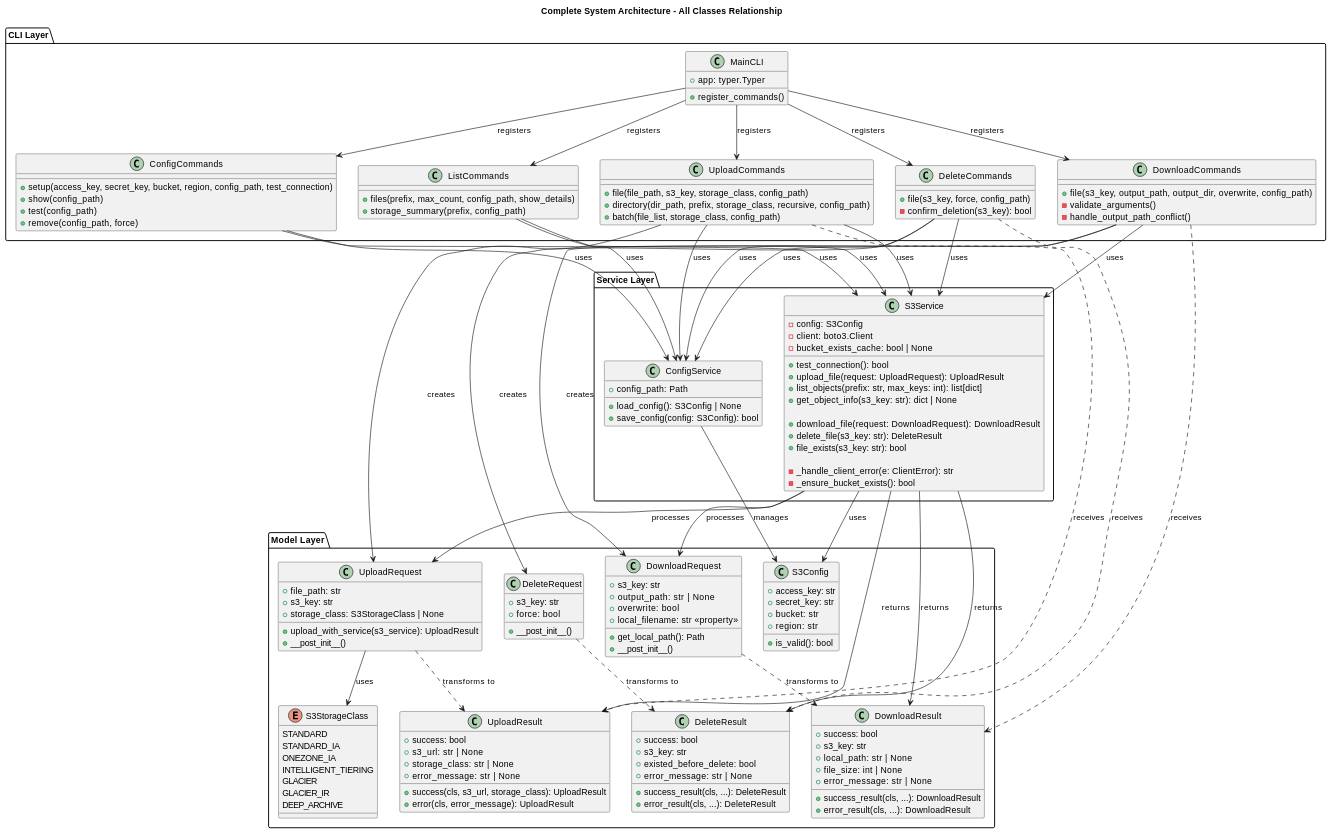
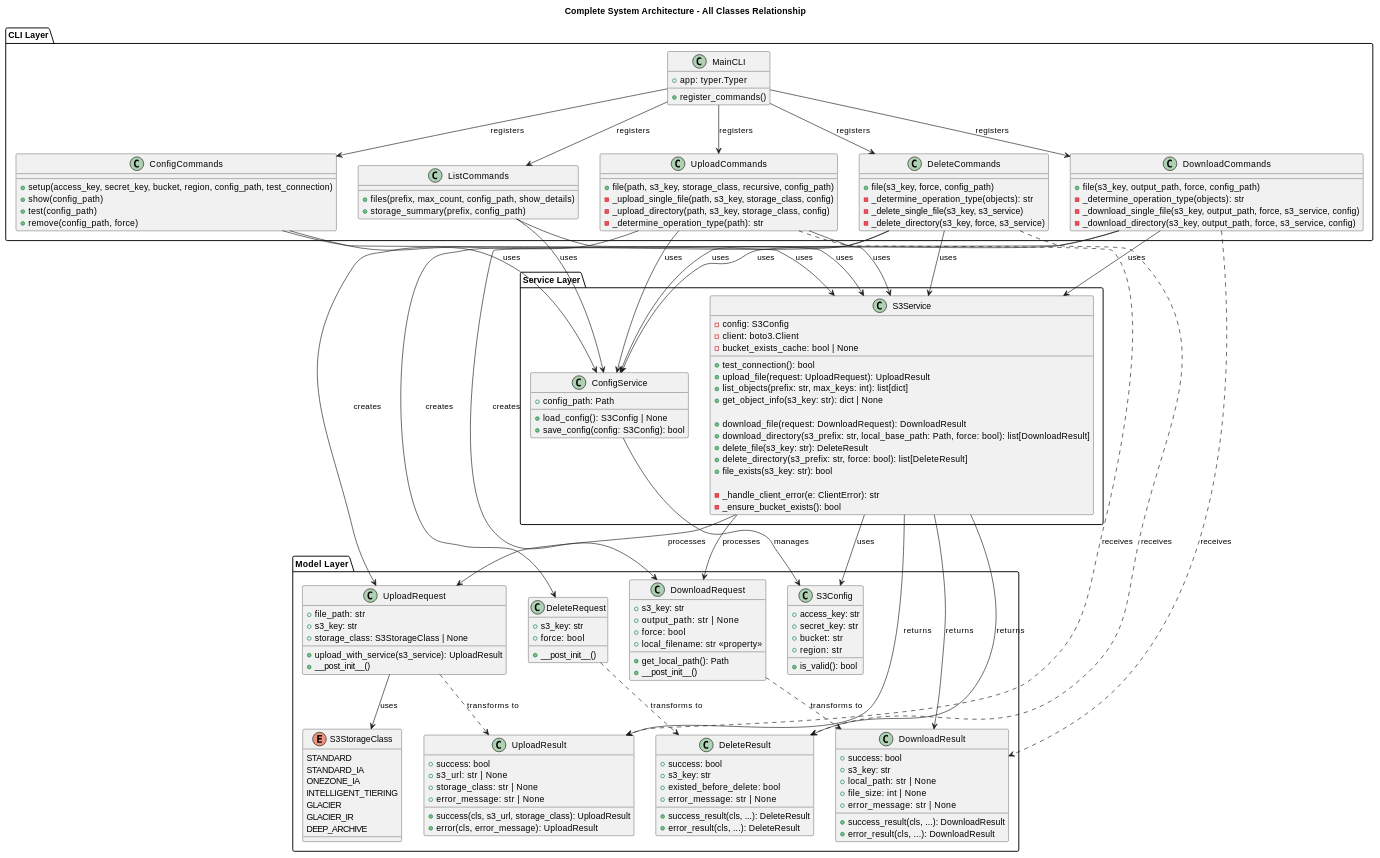
Before and after one commit to FATESAIKOU/CloudStorageSyncer: the first of 2 diagrams in .prompt/02.Issue/03.AddSimpleDownloadAndDelete/01.BasicDesign/03.ClassInterface.md, drawn with PlantUML. The commit also changed 9 other files, not shown here.

```diff
--- a/.prompt/02.Issue/03.AddSimpleDownloadAndDelete/01.BasicDesign/03.ClassInterface.md
+++ b/.prompt/02.Issue/03.AddSimpleDownloadAndDelete/01.BasicDesign/03.ClassInterface.md
@@ -24,9 +24,10 @@
   }
 
   class UploadCommands {
-    +file(file_path, s3_key, storage_class, config_path)
-    +directory(dir_path, prefix, storage_class, recursive, config_path)
-    +batch(file_list, storage_class, config_path)
+    +file(path, s3_key, storage_class, recursive, config_path)
+    -_upload_single_file(path, s3_key, storage_class, config)
+    -_upload_directory(path, s3_key, storage_class, config)
+    -_determine_operation_type(path): str
   }
 
   class ListCommands {
@@ -35,14 +36,17 @@
   }
 
   class DownloadCommands {
-    +file(s3_key, output_path, output_dir, overwrite, config_path)
-    -validate_arguments()
-    -handle_output_path_conflict()
+    +file(s3_key, output_path, force, config_path)
+    -_determine_operation_type(objects): str
+    -_download_single_file(s3_key, output_path, force, s3_service, config)
+    -_download_directory(s3_key, output_path, force, s3_service, config)
   }
 
   class DeleteCommands {
     +file(s3_key, force, config_path)
-    -confirm_deletion(s3_key): bool
+    -_determine_operation_type(objects): str
+    -_delete_single_file(s3_key, s3_service)
+    -_delete_directory(s3_key, force, s3_service)
   }
 }
 
@@ -60,7 +64,9 @@
 
     ' 新增方法
     +download_file(request: DownloadRequest): DownloadResult
+    +download_directory(s3_prefix: str, local_base_path: Path, force: bool): list[DownloadResult]
     +delete_file(s3_key: str): DeleteResult
+    +delete_directory(s3_prefix: str, force: bool): list[DeleteResult]
     +file_exists(s3_key: str): bool
 
     ' 內部輔助方法
@@ -107,7 +113,7 @@
   class DownloadRequest {
     +s3_key: str
     +output_path: str | None
-    +overwrite: bool
+    +force: bool
     +local_filename: str <<property>>
     +get_local_path(): Path
     +__post_init__()
```
